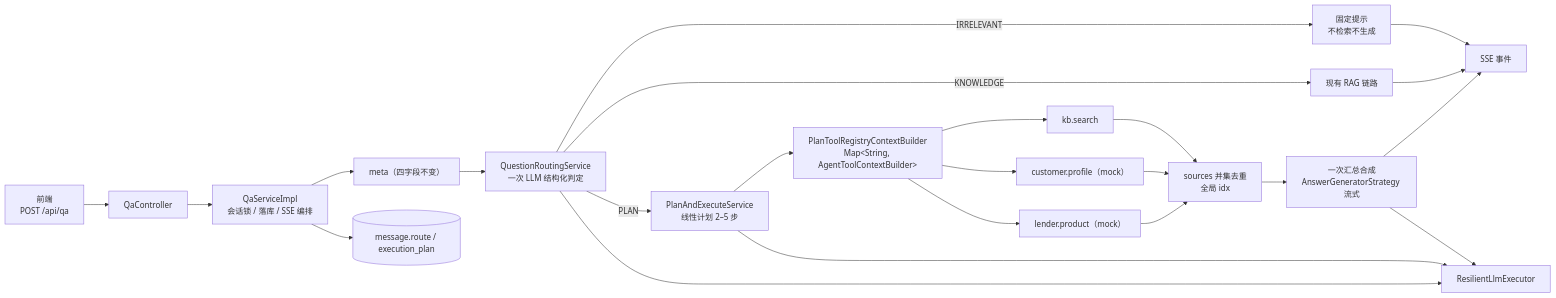
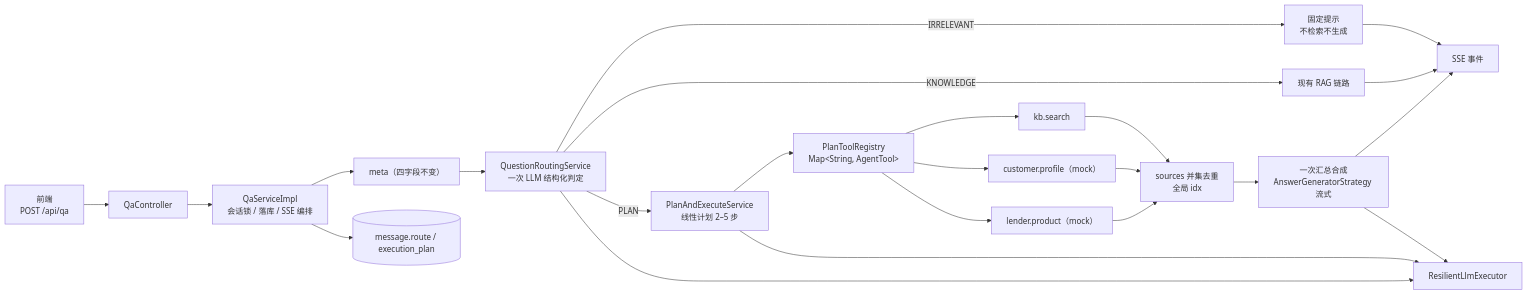
Before and after one commit to weifeixuan/lender-assistant: the first of 4 diagrams in docs/prd/qa-routing-and-plan-execute.md, drawn with Mermaid. The commit also changed other lines of this file and 19 other files, not shown here.

Commit message:
refactor(structure): 回退 rag/context 为 rag/tool 并恢复 *Tool 类名

````diff
--- a/docs/prd/qa-routing-and-plan-execute.md
+++ b/docs/prd/qa-routing-and-plan-execute.md
@@ -25,25 +25,25 @@
 ```mermaid
 flowchart LR
     FE["前端<br/>POST /api/qa"] --> QC["QaController"]
     QC --> QS["QaServiceImpl<br/>会话锁 / 落库 / SSE 编排"]
     QS --> META["meta（四字段不变）"]
     META --> ROUTER["QuestionRoutingService<br/>一次 LLM 结构化判定"]
     ROUTER -->|IRRELEVANT| IR["固定提示<br/>不检索不生成"]
     ROUTER -->|KNOWLEDGE| RAG["现有 RAG 链路"]
     ROUTER -->|PLAN| P["PlanAndExecuteService<br/>线性计划 2–5 步"]
-    P --> REG["PlanToolRegistryContextBuilder<br/>Map&lt;String, AgentToolContextBuilder&gt;"]
+    P --> REG["PlanToolRegistry<br/>Map&lt;String, AgentTool&gt;"]
     REG --> KB["kb.search"]
     REG --> CP["customer.profile（mock）"]
     REG --> LP["lender.product（mock）"]
     KB --> UNION["sources 并集去重<br/>全局 idx"]
     CP --> UNION
     LP --> UNION
     UNION --> SYN["一次汇总合成<br/>AnswerGeneratorStrategy 流式"]
     IR --> SSE["SSE 事件"]
     RAG --> SSE
     SYN --> SSE
     ROUTER --> LLM["ResilientLlmExecutor"]
     P --> LLM
     SYN --> LLM
     QS --> DB[("message.route / execution_plan")]
 ```
````
